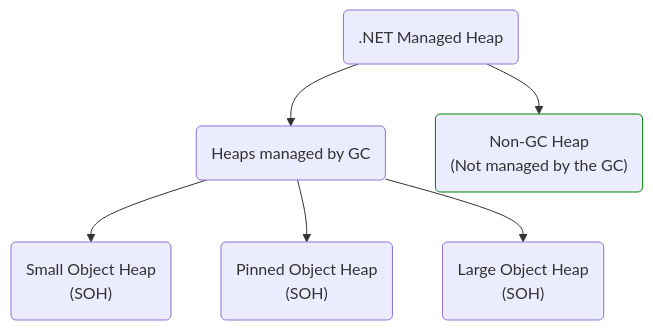
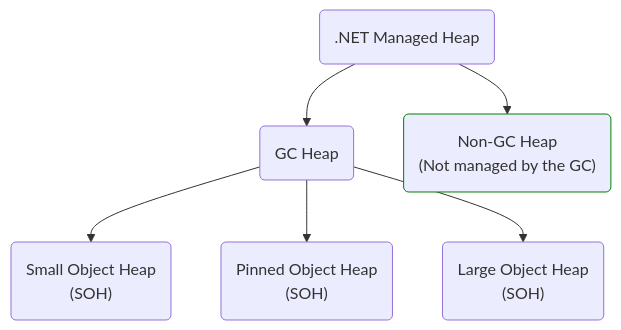
One commit to dotnet/runtime changed the diagram in docs/design/features/NonGC-Heap.md. Above: the diagram before and after it, drawn with Mermaid.

````diff
--- a/docs/design/features/NonGC-Heap.md
+++ b/docs/design/features/NonGC-Heap.md
@@ -7,16 +7,16 @@
 ```mermaid
 flowchart
     heap(.NET Managed Heap) --> gcheap
     heap --> nongcheap
     gcheap --> soh
     gcheap --> poh
     gcheap --> loh
 
-    gcheap("Heaps managed by GC")
+    gcheap("GC Heap")
     soh("Small Object Heap\n(SOH)")
     poh("Pinned Object Heap\n(SOH)")
     loh("Large Object Heap\n(SOH)")
     nongcheap("Non-GC Heap\n(Not managed by the GC)")
 
     style nongcheap stroke:green
 ```
````
